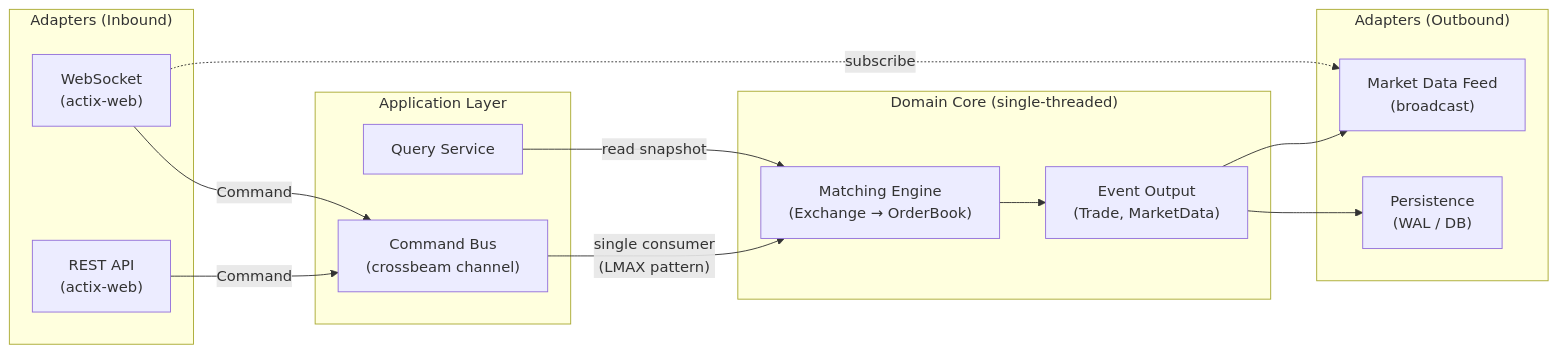
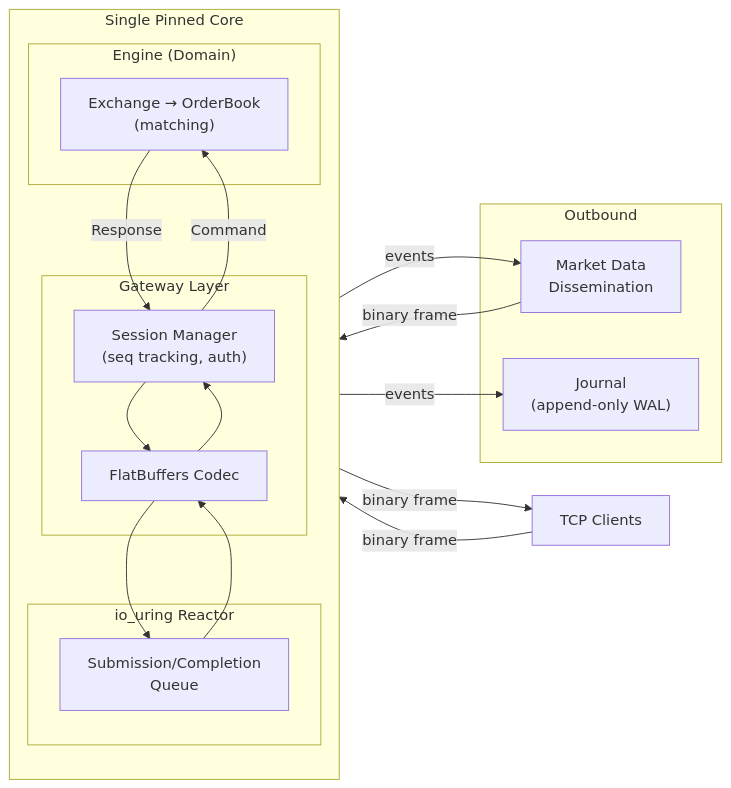
One commit to Tranduy1dol/trading changed the first of 3 diagrams in docs/architecture.md. Above: the diagram before and after it, drawn with Mermaid. The commit also changed other lines of this file, not shown here.

````diff
--- a/docs/architecture.md
+++ b/docs/architecture.md
@@ -5,31 +52,37 @@
 ```mermaid
 graph LR
-    subgraph Adapters ["Adapters (Inbound)"]
-        REST["REST API<br/>(actix-web)"]
-        WS["WebSocket<br/>(actix-web)"]
+    subgraph Core ["Single Pinned Core"]
+        direction TB
+
+        subgraph IO ["io_uring Reactor"]
+            RING["Submission/Completion<br/>Queue"]
+        end
+
+        subgraph Gateway ["Gateway Layer"]
+            CODEC["FlatBuffers Codec"]
+            SESS["Session Manager<br/>(seq tracking, auth)"]
+        end
+
+        subgraph Engine ["Engine (Domain)"]
+            ENG["Exchange → OrderBook<br/>(matching)"]
+        end
     end
 
-    subgraph Application ["Application Layer"]
-        CMD["Command Bus<br/>(crossbeam channel)"]
-        QRY["Query Service"]
+    subgraph Outbound ["Outbound"]
+        MDF["Market Data<br/>Dissemination"]
+        JRNL["Journal<br/>(append-only WAL)"]
     end
 
-    subgraph Domain ["Domain Core (single-threaded)"]
-        ENG["Matching Engine<br/>(Exchange → OrderBook)"]
-        EVT["Event Output<br/>(Trade, MarketData)"]
-    end
+    CLIENT["TCP Clients"] -->|binary frame| RING
+    RING --> CODEC
+    CODEC --> SESS
+    SESS -->|Command| ENG
+    ENG -->|Response| SESS
+    SESS --> CODEC
+    CODEC --> RING
+    RING -->|binary frame| CLIENT
 
-    subgraph Adapters2 ["Adapters (Outbound)"]
-        MDF["Market Data Feed<br/>(broadcast)"]
-        STORE["Persistence<br/>(WAL / DB)"]
-    end
-
-    REST -->|Command| CMD
-    WS -->|Command| CMD
-    CMD -->|"single consumer<br/>(LMAX pattern)"| ENG
-    ENG --> EVT
-    EVT --> MDF
-    EVT --> STORE
-    QRY -->|"read snapshot"| ENG
-    WS -.->|subscribe| MDF
+    ENG -->|events| MDF
+    ENG -->|events| JRNL
+    MDF -->|binary frame| RING
 ```
````
